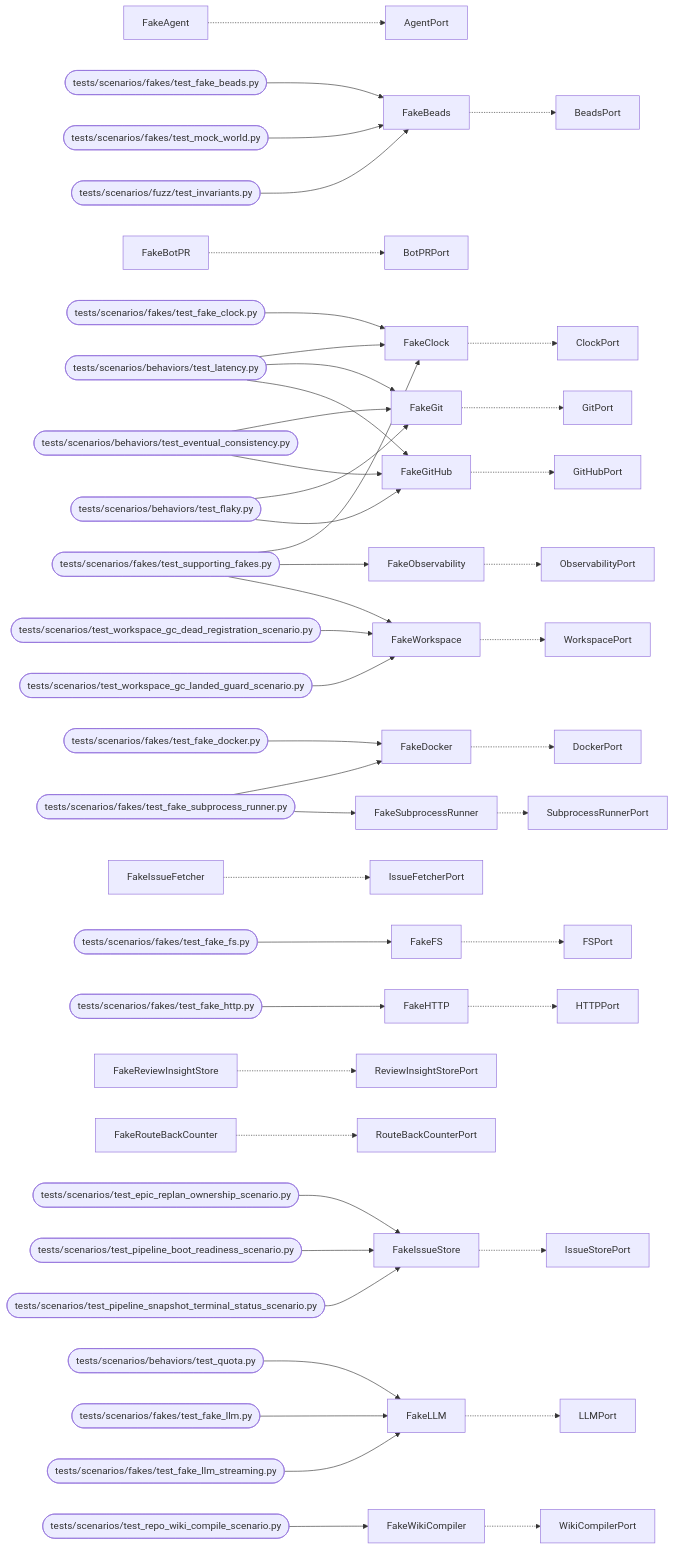
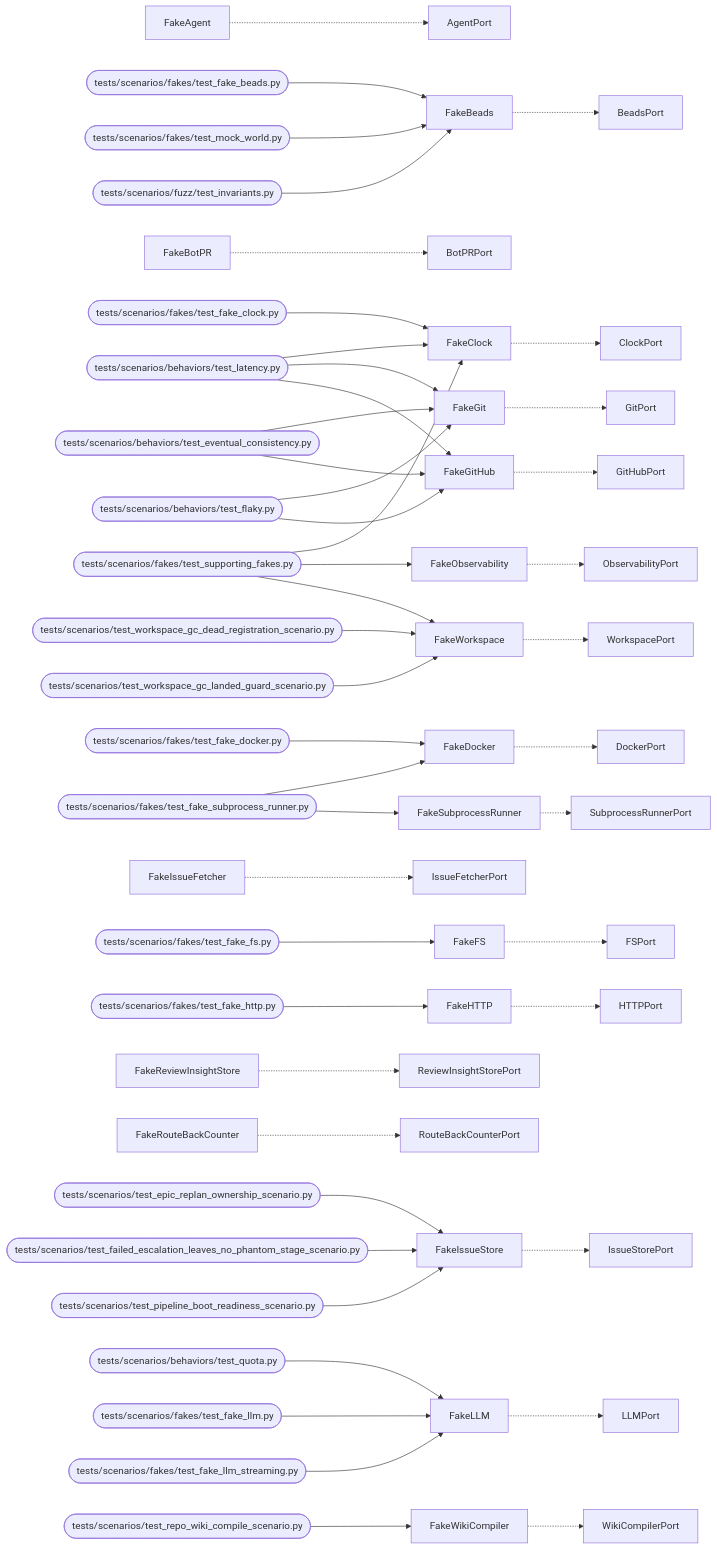
The diagram in docs/arch/generated/mockworld.md (T-rav/hydraflow), drawn with Mermaid before and after one commit. The commit also changed other lines of this file and 9 other files, not shown here.

````diff
--- a/docs/arch/generated/mockworld.md
+++ b/docs/arch/generated/mockworld.md
@@ -32,49 +32,49 @@
 ```mermaid
 graph LR
     FakeAgent -.-> AgentPort
     FakeBeads -.-> BeadsPort
     tests_scenarios_fakes_test_fake_beads_py([tests/scenarios/fakes/test_fake_beads.py]) --> FakeBeads
     tests_scenarios_fakes_test_mock_world_py([tests/scenarios/fakes/test_mock_world.py]) --> FakeBeads
     tests_scenarios_fuzz_test_invariants_py([tests/scenarios/fuzz/test_invariants.py]) --> FakeBeads
     FakeBotPR -.-> BotPRPort
     FakeClock -.-> ClockPort
     tests_scenarios_behaviors_test_latency_py([tests/scenarios/behaviors/test_latency.py]) --> FakeClock
     tests_scenarios_fakes_test_fake_clock_py([tests/scenarios/fakes/test_fake_clock.py]) --> FakeClock
     tests_scenarios_fakes_test_supporting_fakes_py([tests/scenarios/fakes/test_supporting_fakes.py]) --> FakeClock
     FakeDocker -.-> DockerPort
     tests_scenarios_fakes_test_fake_docker_py([tests/scenarios/fakes/test_fake_docker.py]) --> FakeDocker
     tests_scenarios_fakes_test_fake_subprocess_runner_py([tests/scenarios/fakes/test_fake_subprocess_runner.py]) --> FakeDocker
     FakeFS -.-> FSPort
     tests_scenarios_fakes_test_fake_fs_py([tests/scenarios/fakes/test_fake_fs.py]) --> FakeFS
     FakeGit -.-> GitPort
     tests_scenarios_behaviors_test_eventual_consistency_py([tests/scenarios/behaviors/test_eventual_consistency.py]) --> FakeGit
     tests_scenarios_behaviors_test_flaky_py([tests/scenarios/behaviors/test_flaky.py]) --> FakeGit
     tests_scenarios_behaviors_test_latency_py([tests/scenarios/behaviors/test_latency.py]) --> FakeGit
     FakeGitHub -.-> GitHubPort
     tests_scenarios_behaviors_test_eventual_consistency_py([tests/scenarios/behaviors/test_eventual_consistency.py]) --> FakeGitHub
     tests_scenarios_behaviors_test_flaky_py([tests/scenarios/behaviors/test_flaky.py]) --> FakeGitHub
     tests_scenarios_behaviors_test_latency_py([tests/scenarios/behaviors/test_latency.py]) --> FakeGitHub
     FakeHTTP -.-> HTTPPort
     tests_scenarios_fakes_test_fake_http_py([tests/scenarios/fakes/test_fake_http.py]) --> FakeHTTP
     FakeIssueFetcher -.-> IssueFetcherPort
     FakeIssueStore -.-> IssueStorePort
     tests_scenarios_test_epic_replan_ownership_scenario_py([tests/scenarios/test_epic_replan_ownership_scenario.py]) --> FakeIssueStore
+    tests_scenarios_test_failed_escalation_leaves_no_phantom_stage_scenario_py([tests/scenarios/test_failed_escalation_leaves_no_phantom_stage_scenario.py]) --> FakeIssueStore
     tests_scenarios_test_pipeline_boot_readiness_scenario_py([tests/scenarios/test_pipeline_boot_readiness_scenario.py]) --> FakeIssueStore
-    tests_scenarios_test_pipeline_snapshot_terminal_status_scenario_py([tests/scenarios/test_pipeline_snapshot_terminal_status_scenario.py]) --> FakeIssueStore
     FakeLLM -.-> LLMPort
     tests_scenarios_behaviors_test_quota_py([tests/scenarios/behaviors/test_quota.py]) --> FakeLLM
     tests_scenarios_fakes_test_fake_llm_py([tests/scenarios/fakes/test_fake_llm.py]) --> FakeLLM
     tests_scenarios_fakes_test_fake_llm_streaming_py([tests/scenarios/fakes/test_fake_llm_streaming.py]) --> FakeLLM
     FakeObservability -.-> ObservabilityPort
     tests_scenarios_fakes_test_supporting_fakes_py([tests/scenarios/fakes/test_supporting_fakes.py]) --> FakeObservability
     FakeReviewInsightStore -.-> ReviewInsightStorePort
     FakeRouteBackCounter -.-> RouteBackCounterPort
     FakeSubprocessRunner -.-> SubprocessRunnerPort
     tests_scenarios_fakes_test_fake_subprocess_runner_py([tests/scenarios/fakes/test_fake_subprocess_runner.py]) --> FakeSubprocessRunner
     FakeWikiCompiler -.-> WikiCompilerPort
     tests_scenarios_test_repo_wiki_compile_scenario_py([tests/scenarios/test_repo_wiki_compile_scenario.py]) --> FakeWikiCompiler
     FakeWorkspace -.-> WorkspacePort
     tests_scenarios_fakes_test_supporting_fakes_py([tests/scenarios/fakes/test_supporting_fakes.py]) --> FakeWorkspace
     tests_scenarios_test_workspace_gc_dead_registration_scenario_py([tests/scenarios/test_workspace_gc_dead_registration_scenario.py]) --> FakeWorkspace
     tests_scenarios_test_workspace_gc_landed_guard_scenario_py([tests/scenarios/test_workspace_gc_landed_guard_scenario.py]) --> FakeWorkspace
 ```
````
